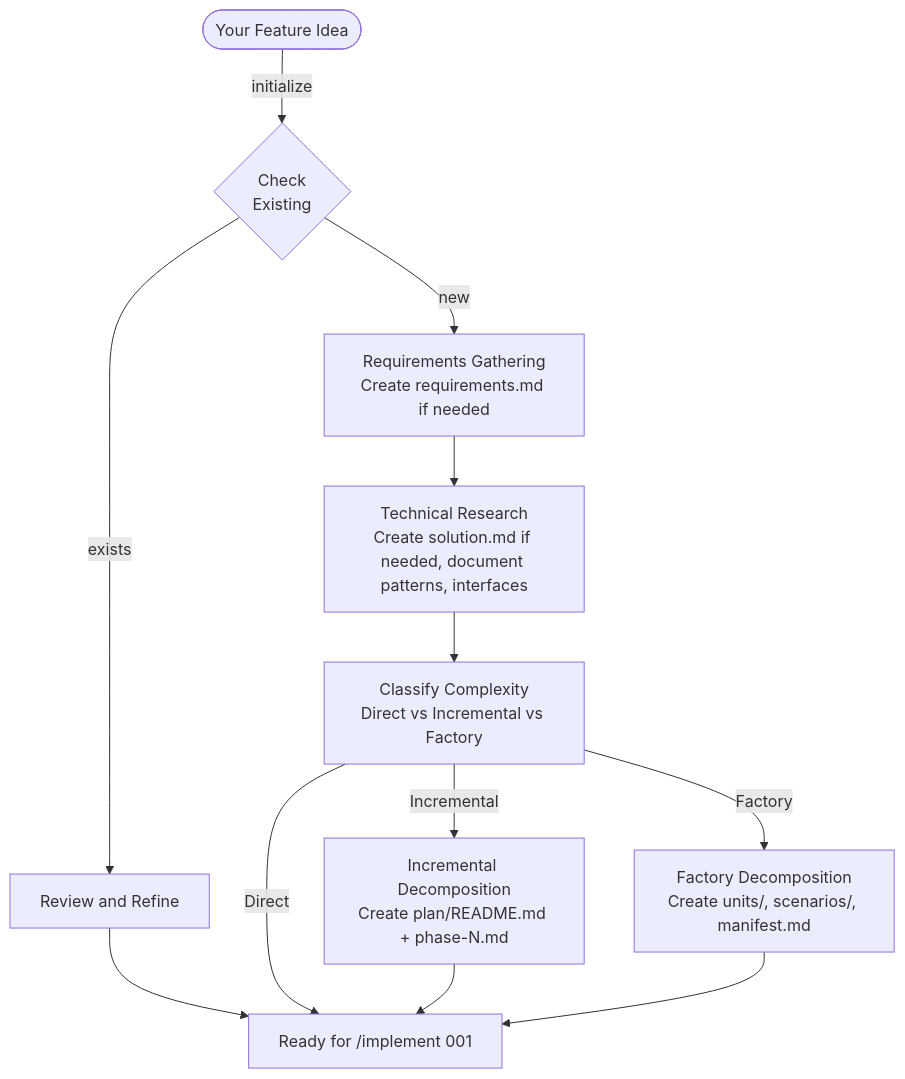
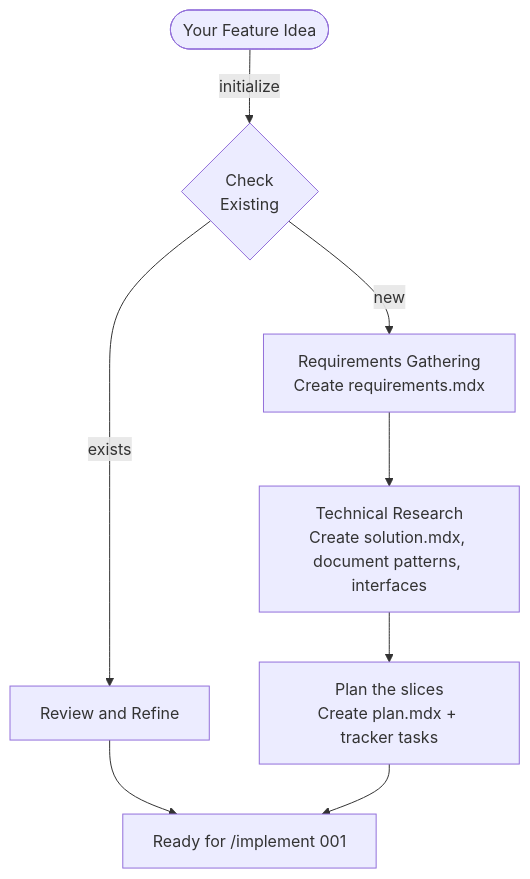
Before and after one commit to rsmdt/the-startup: the first of 10 diagrams in plugins/start/README.md, drawn with Mermaid. The commit also changed other lines of this file and 2 other files, not shown here.

Commit message:
docs: describe single implement flow + task-tracker model

````diff
--- a/plugins/start/README.md
+++ b/plugins/start/README.md
@@ -70,14 +69,10 @@
 ```mermaid
 flowchart TD
     A([Your Feature Idea]) --> |initialize| B{Check<br>Existing}
     B --> |exists| C[Review and Refine]
     C --> END[Ready for /implement 001]
-    B --> |new| D[Requirements Gathering<br/>Create requirements.md if needed]
-    D --> E[Technical Research<br/>Create solution.md if needed, document patterns, interfaces]
-    E --> F[Classify Complexity<br/>Direct vs Incremental vs Factory]
-    F --> |Direct| END
-    F --> |Incremental| G[Incremental Decomposition<br/>Create plan/README.md + phase-N.md]
-    F --> |Factory| H[Factory Decomposition<br/>Create units/, scenarios/, manifest.md]
-    G --> END
-    H --> END
+    B --> |new| D[Requirements Gathering<br/>Create requirements.mdx]
+    D --> E[Technical Research<br/>Create solution.mdx, document patterns, interfaces]
+    E --> F[Plan the slices<br/>Create plan.mdx + tracker tasks]
+    F --> END
 ```
````
